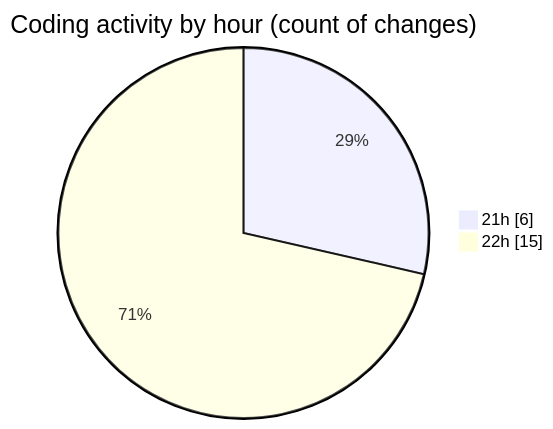
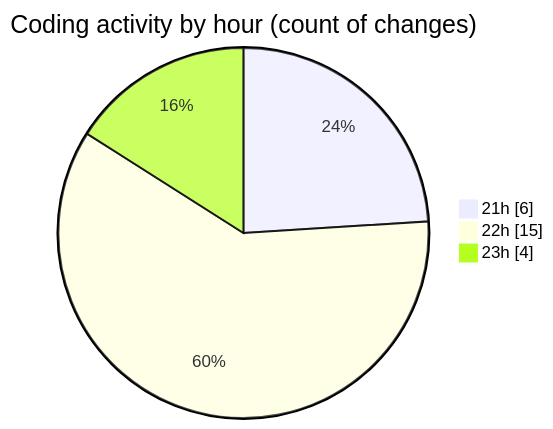
The second of 2 diagrams in 2025-07-24/cohera/README.md (JenPaints/code-tracking), drawn with Mermaid before and after one commit. The commit also changed other lines of this file and 1 other file, not shown here.

````diff
--- a/2025-07-24/cohera/README.md
+++ b/2025-07-24/cohera/README.md
@@ -37,6 +37,7 @@
 ```mermaid
 pie showData
 title Coding activity by hour (count of changes)
 "21h" : 6
 "22h" : 15
+"23h" : 4
 ```
````
